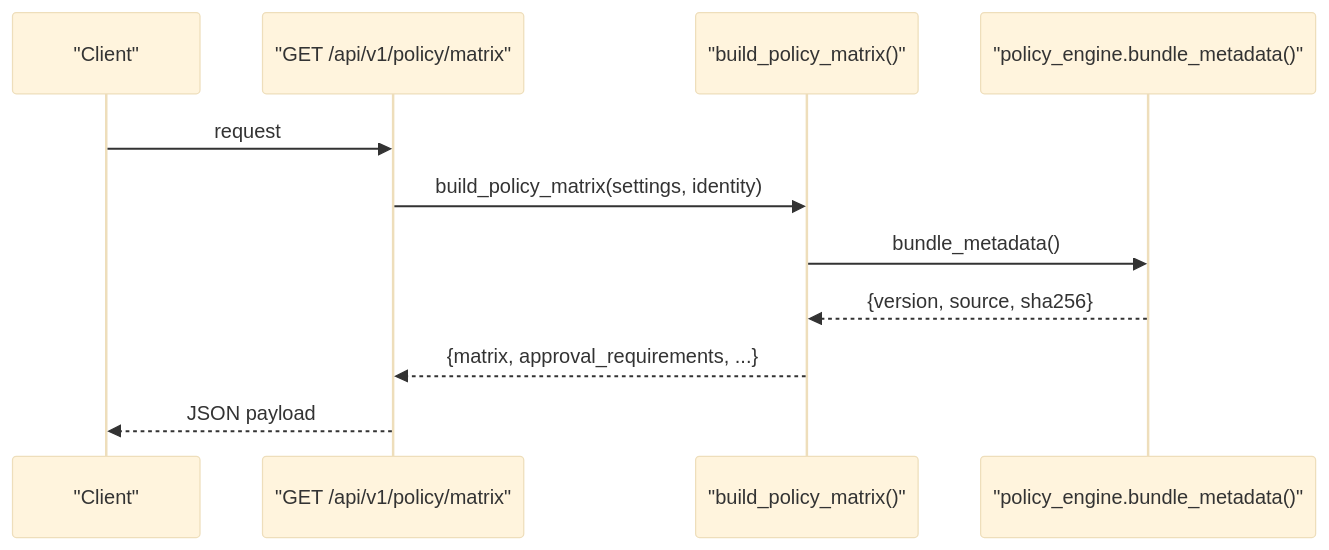
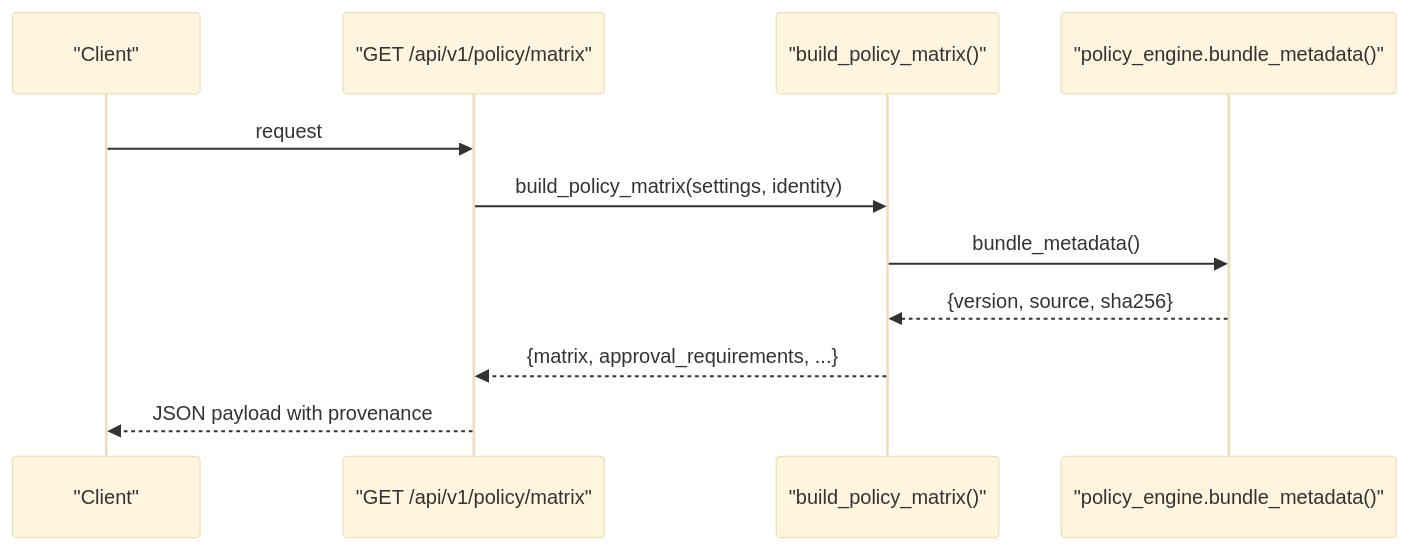
Before and after one commit to metasync/luban-aiops: the sixth of 9 diagrams in .qoder/repowiki/en/content/Architecture Documentation/SPEC-048_ Policy Testing and Rollout Controls.md, drawn with Mermaid (base theme). The commit also changed other lines of this file and 35 other files, not shown here.

````diff
--- a/.qoder/repowiki/en/content/Architecture Documentation/SPEC-048_ Policy Testing and Rollout Controls.md
+++ b/.qoder/repowiki/en/content/Architecture Documentation/SPEC-048_ Policy Testing and Rollout Controls.md
@@ -212,13 +296,13 @@
 ```mermaid
 sequenceDiagram
 participant Client as "Client"
 participant Route as "GET /api/v1/policy/matrix"
 participant Matrix as "build_policy_matrix()"
 participant Engine as "policy_engine.bundle_metadata()"
 Client->>Route : request
 Route->>Matrix : build_policy_matrix(settings, identity)
 Matrix->>Engine : bundle_metadata()
 Engine-->>Matrix : {version, source, sha256}
 Matrix-->>Route : {matrix, approval_requirements, ...}
-Route-->>Client : JSON payload
+Route-->>Client : JSON payload with provenance
 ```
````
